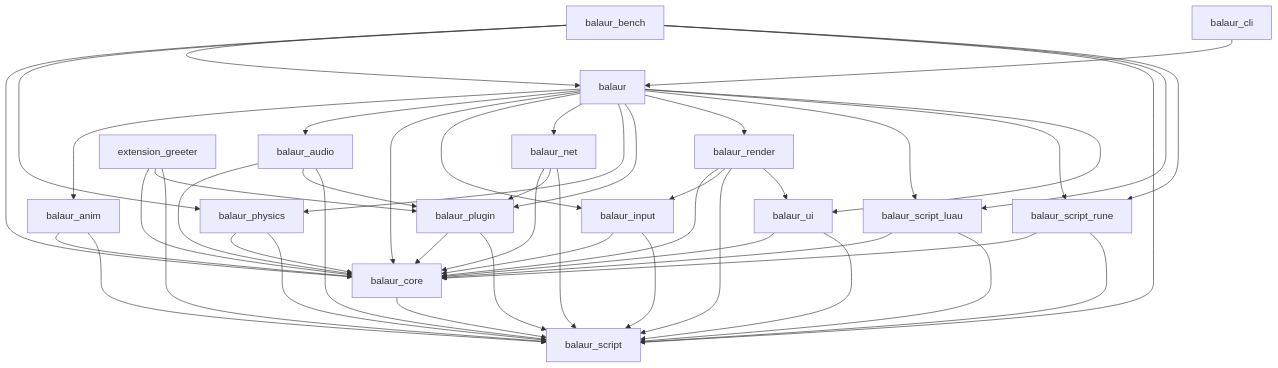
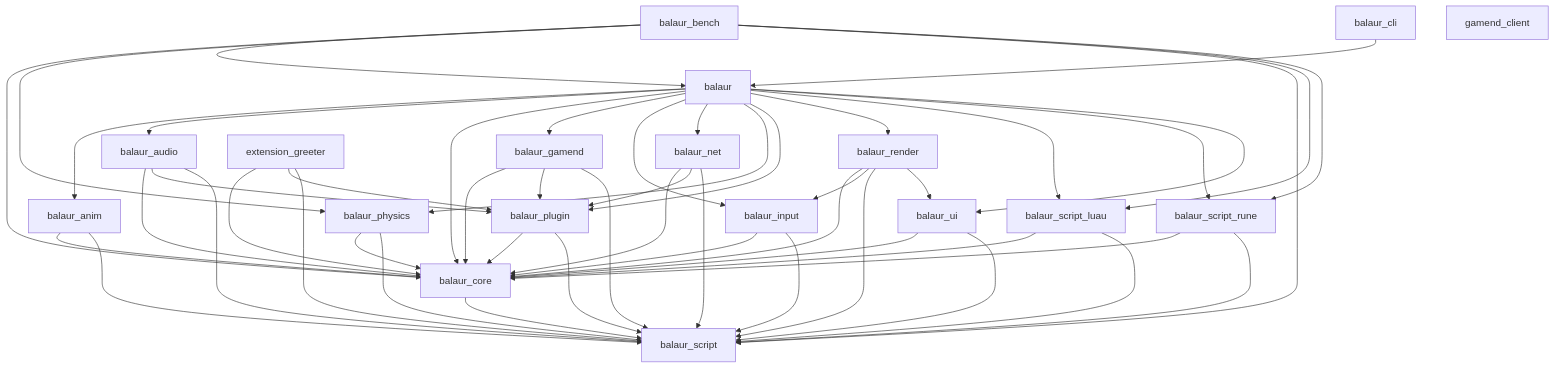
The diagram in docs/generated/crate-graph.md (balaurengine/balaur), drawn with Mermaid before and after one commit. The commit also changed 25 other files, not shown here.

Commit message:
add balaur gamend.

````diff
--- a/docs/generated/crate-graph.md
+++ b/docs/generated/crate-graph.md
@@ -8,65 +8,71 @@
 ```mermaid
 graph TD
   balaur[balaur]
   balaur_anim[balaur_anim]
   balaur_audio[balaur_audio]
   balaur_bench[balaur_bench]
   balaur_cli[balaur_cli]
   balaur_core[balaur_core]
+  balaur_gamend[balaur_gamend]
   balaur_input[balaur_input]
   balaur_net[balaur_net]
   balaur_physics[balaur_physics]
   balaur_plugin[balaur_plugin]
   balaur_render[balaur_render]
   balaur_script[balaur_script]
   balaur_script_luau[balaur_script_luau]
   balaur_script_rune[balaur_script_rune]
   balaur_ui[balaur_ui]
   extension_greeter[extension_greeter]
+  gamend_client[gamend_client]
   balaur --> balaur_anim
   balaur --> balaur_audio
   balaur --> balaur_core
+  balaur --> balaur_gamend
   balaur --> balaur_input
   balaur --> balaur_net
   balaur --> balaur_physics
   balaur --> balaur_plugin
   balaur --> balaur_render
   balaur --> balaur_script_luau
   balaur --> balaur_script_rune
   balaur --> balaur_ui
   balaur_anim --> balaur_core
   balaur_anim --> balaur_script
   balaur_audio --> balaur_core
   balaur_audio --> balaur_plugin
   balaur_audio --> balaur_script
   balaur_bench --> balaur
   balaur_bench --> balaur_core
   balaur_bench --> balaur_physics
   balaur_bench --> balaur_script
   balaur_bench --> balaur_script_luau
   balaur_bench --> balaur_script_rune
   balaur_cli --> balaur
   balaur_core --> balaur_script
+  balaur_gamend --> balaur_core
+  balaur_gamend --> balaur_plugin
+  balaur_gamend --> balaur_script
   balaur_input --> balaur_core
   balaur_input --> balaur_script
   balaur_net --> balaur_core
   balaur_net --> balaur_plugin
   balaur_net --> balaur_script
   balaur_physics --> balaur_core
   balaur_physics --> balaur_script
   balaur_plugin --> balaur_core
   balaur_plugin --> balaur_script
   balaur_render --> balaur_core
   balaur_render --> balaur_input
   balaur_render --> balaur_script
   balaur_render --> balaur_ui
   balaur_script_luau --> balaur_core
   balaur_script_luau --> balaur_script
   balaur_script_rune --> balaur_core
   balaur_script_rune --> balaur_script
   balaur_ui --> balaur_core
   balaur_ui --> balaur_script
   extension_greeter --> balaur_core
   extension_greeter --> balaur_plugin
   extension_greeter --> balaur_script
 ```
````
